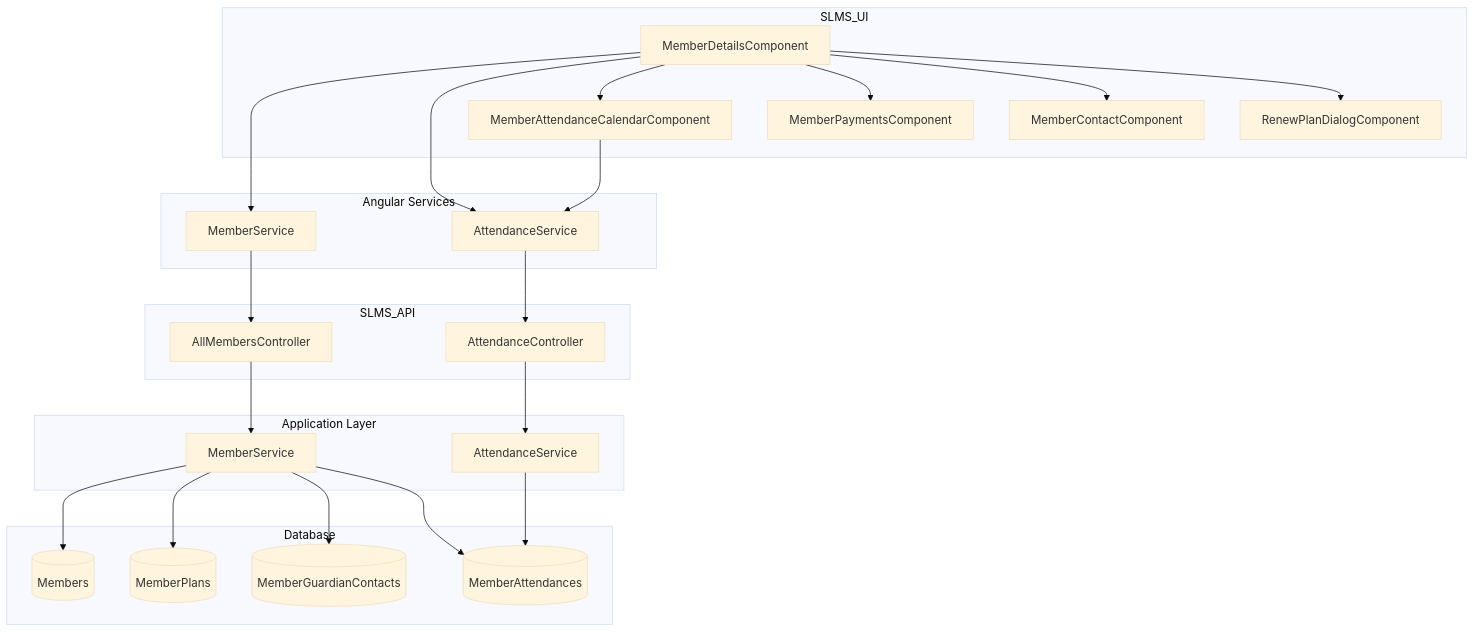
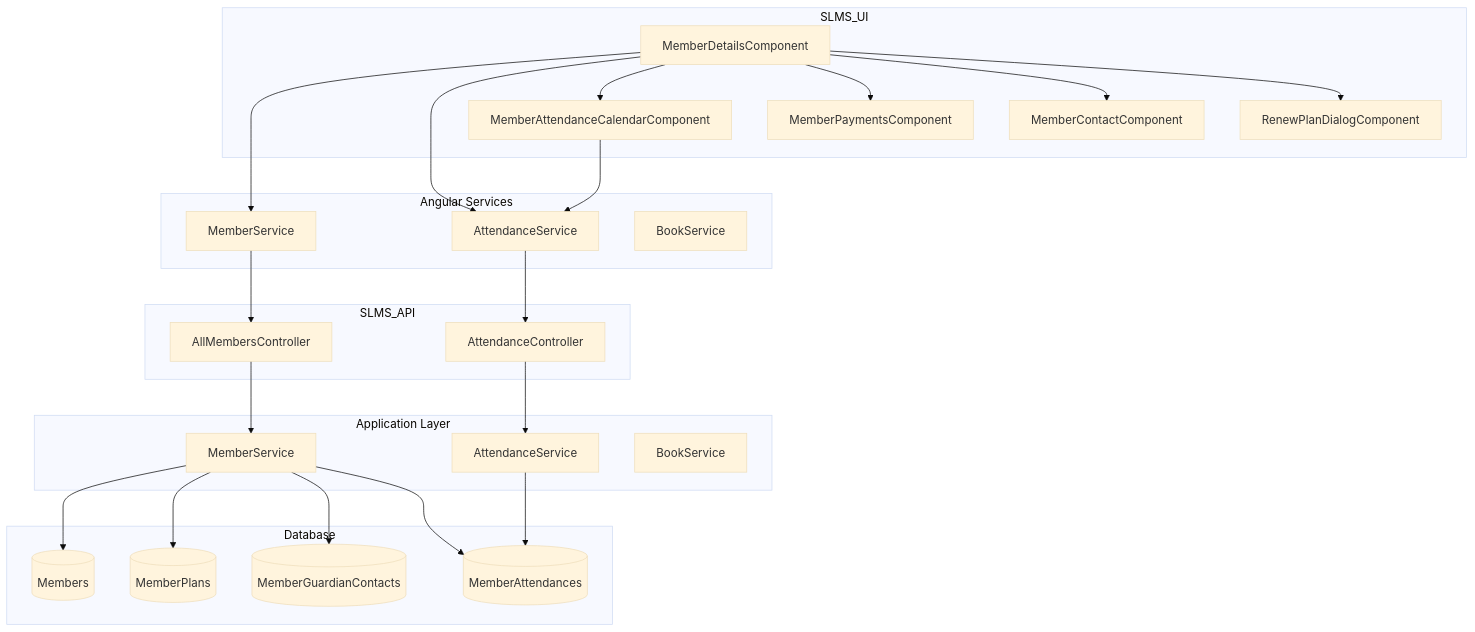
One commit to ermanjeetsingh777/Lexora changed the sixth of 6 diagrams in docs/workflow/members-detail-workflow.md. Above: the diagram before and after it, drawn with Mermaid (base theme). The commit also changed other lines of this file and 56 other files, not shown here.

````diff
--- a/docs/workflow/members-detail-workflow.md
+++ b/docs/workflow/members-detail-workflow.md
@@ -384,42 +415,44 @@
 ```mermaid
 flowchart TB
   subgraph UI["SLMS_UI"]
     MD[MemberDetailsComponent]
     MAC[MemberAttendanceCalendarComponent]
     MPC[MemberPaymentsComponent]
     MCC[MemberContactComponent]
     RPD[RenewPlanDialogComponent]
   end
 
   subgraph AngularServices["Angular Services"]
     MS[MemberService]
     AS[AttendanceService]
+    BS[BookService]
   end
 
   subgraph API["SLMS_API"]
     AMC[AllMembersController]
     ATC[AttendanceController]
   end
 
   subgraph Backend["Application Layer"]
     MemSvc[MemberService]
     AttSvc[AttendanceService]
+    BookSvc[BookService]
   end
 
   subgraph DB["Database"]
     M[(Members)]
     A[(MemberAttendances)]
     P[(MemberPlans)]
     C[(MemberGuardianContacts)]
   end
 
   MD --> MS & AS
   MD --> MAC & MPC & MCC & RPD
   MAC --> AS
   MS --> AMC
   AS --> ATC
   AMC --> MemSvc
   ATC --> AttSvc
   MemSvc --> M & P & C & A
   AttSvc --> A
 ```
````
